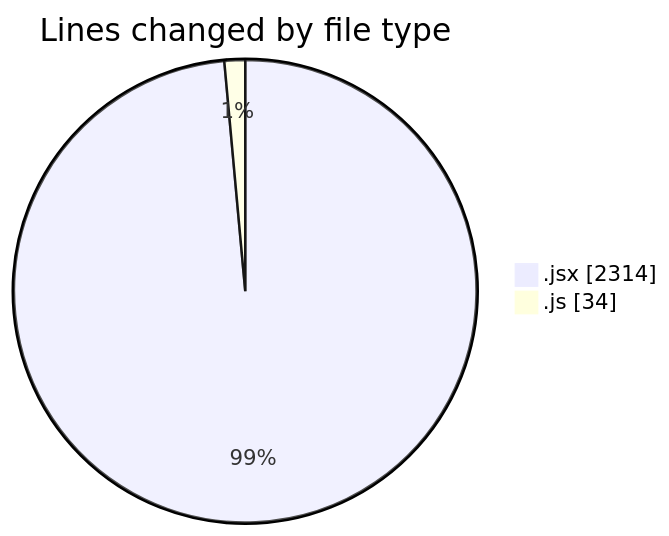
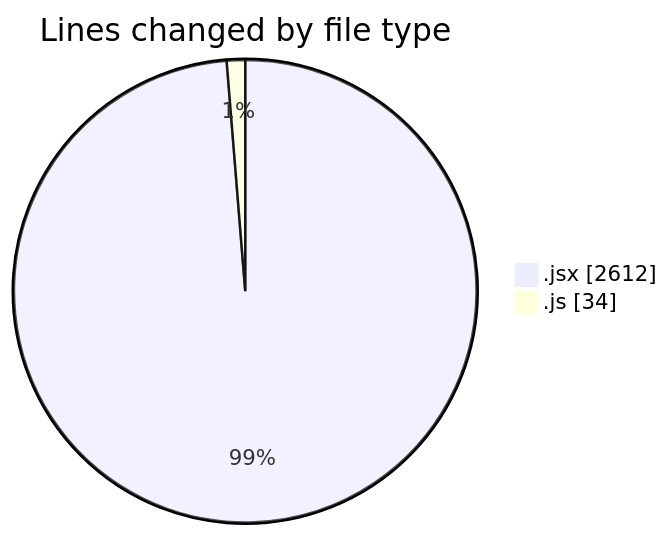
Before and after one commit to nxtqubesakshisongat/code-tracking: the first of 2 diagrams in 2026-01-08/nxtqube_webapp/README.md, drawn with Mermaid. The commit also changed other lines of this file and 1 other file, not shown here.

````diff
--- a/2026-01-08/nxtqube_webapp/README.md
+++ b/2026-01-08/nxtqube_webapp/README.md
@@ -21,6 +22,6 @@
 ```mermaid
 pie showData
 title Lines changed by file type
-".jsx" : 2314
+".jsx" : 2612
 ".js" : 34
 ```
````
